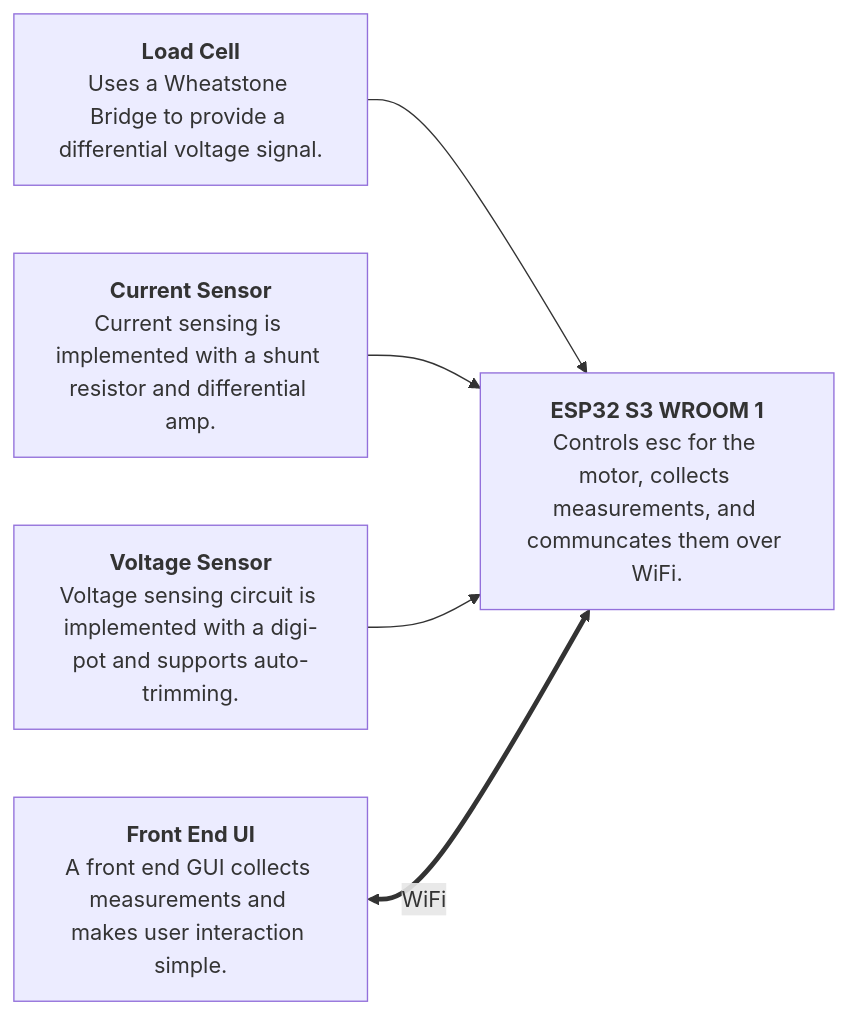
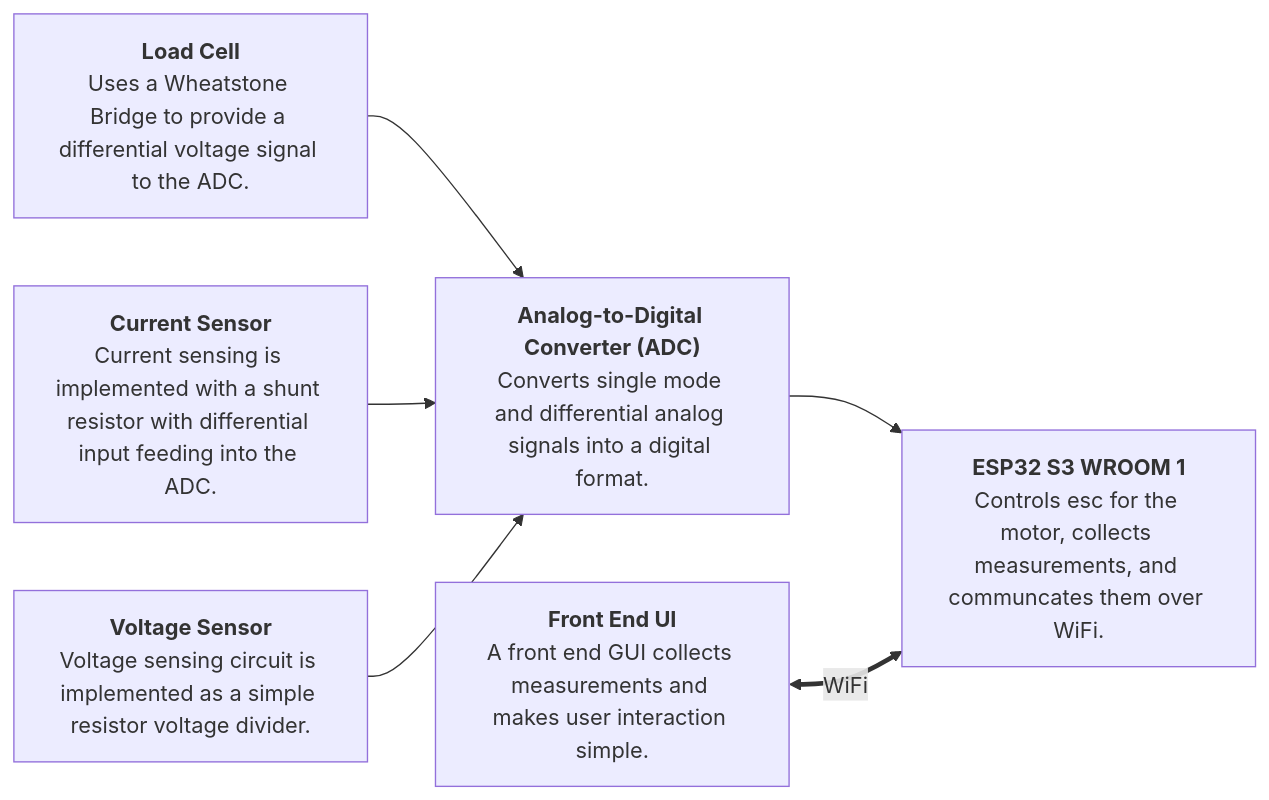
One commit to umbc-aiaa/DTTS-V2-Hardware-Design changed the diagram in README.md. Above: the diagram before and after it, drawn with Mermaid. The commit also changed other lines of this file, not shown here.

````diff
--- a/README.md
+++ b/README.md
@@ -9,15 +9,18 @@
 ```mermaid
 graph LR;
-LC[<b>Load Cell</b></br>Uses a Wheatstone Bridge to provide a differential voltage signal.];
-CS[<b>Current Sensor</b></br>Current sensing is implemented with a shunt resistor and differential amp.];
-VS[<b>Voltage Sensor</b></br>Voltage sensing circuit is implemented with a digi-pot and supports auto-trimming.];
+LC[<b>Load Cell</b></br>Uses a Wheatstone Bridge to provide a differential voltage signal to the ADC.];
+CS[<b>Current Sensor</b></br>Current sensing is implemented with a shunt resistor with differential input feeding into the ADC.];
+VS[<b>Voltage Sensor</b></br>Voltage sensing circuit is implemented as a simple resistor voltage divider.];
+ADC["<b>Analog-to-Digital Converter (ADC)</b></br>Converts single mode and differential analog signals into a digital format."];
 MC[<b>ESP32 S3 WROOM 1</b></br>Controls esc for the motor, collects measurements, and communcates them over WiFi.];
 
 GUI[<b>Front End UI</b></br>A front end GUI collects measurements and makes user interaction simple.];
 
-LC --> MC;
-CS --> MC;
-VS --> MC;
+LC --> ADC;
+CS --> ADC;
+VS --> ADC;
+
+ADC --> MC;
 
 GUI <== WiFi ==> MC;
 ```
````
